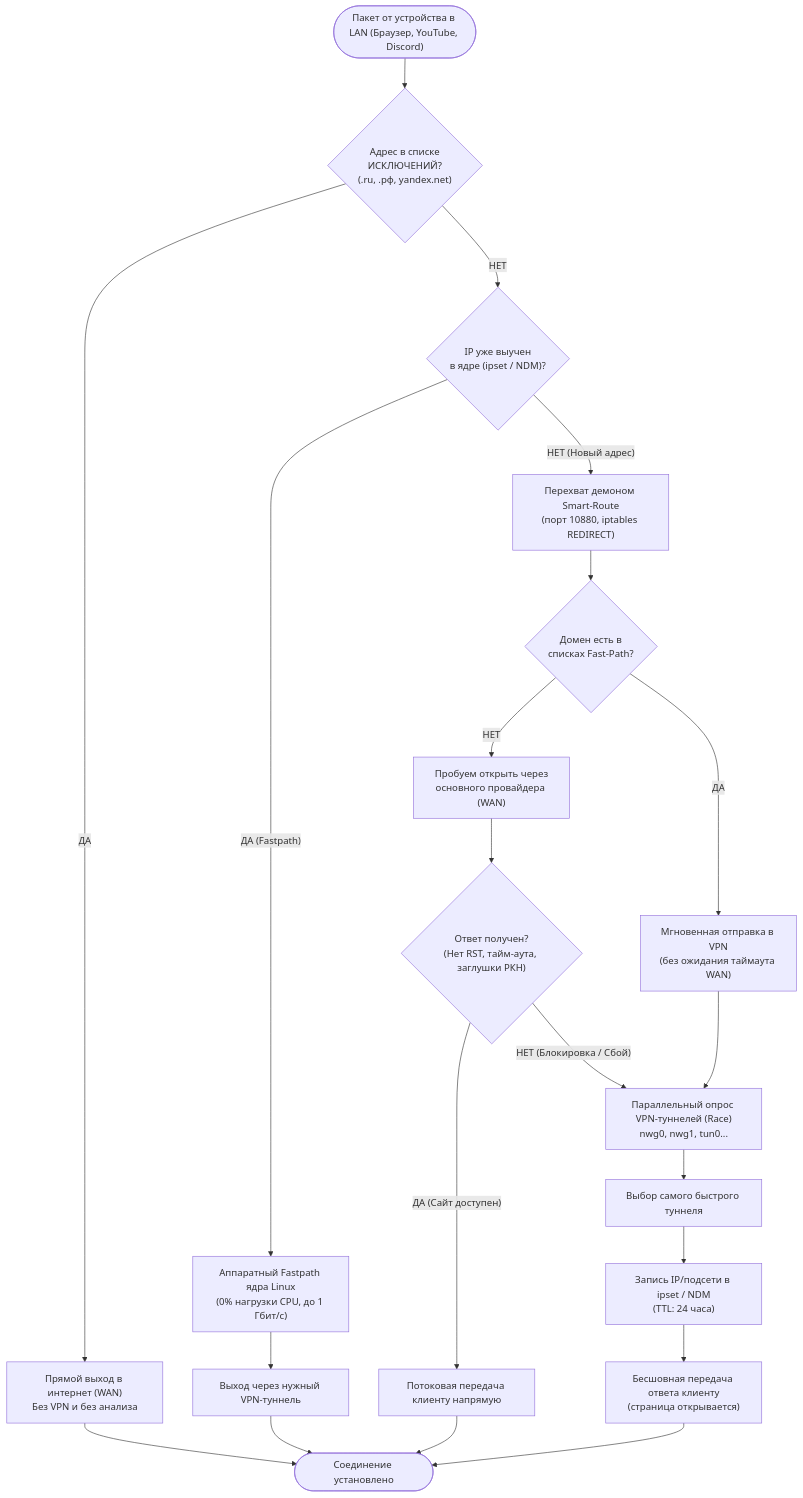
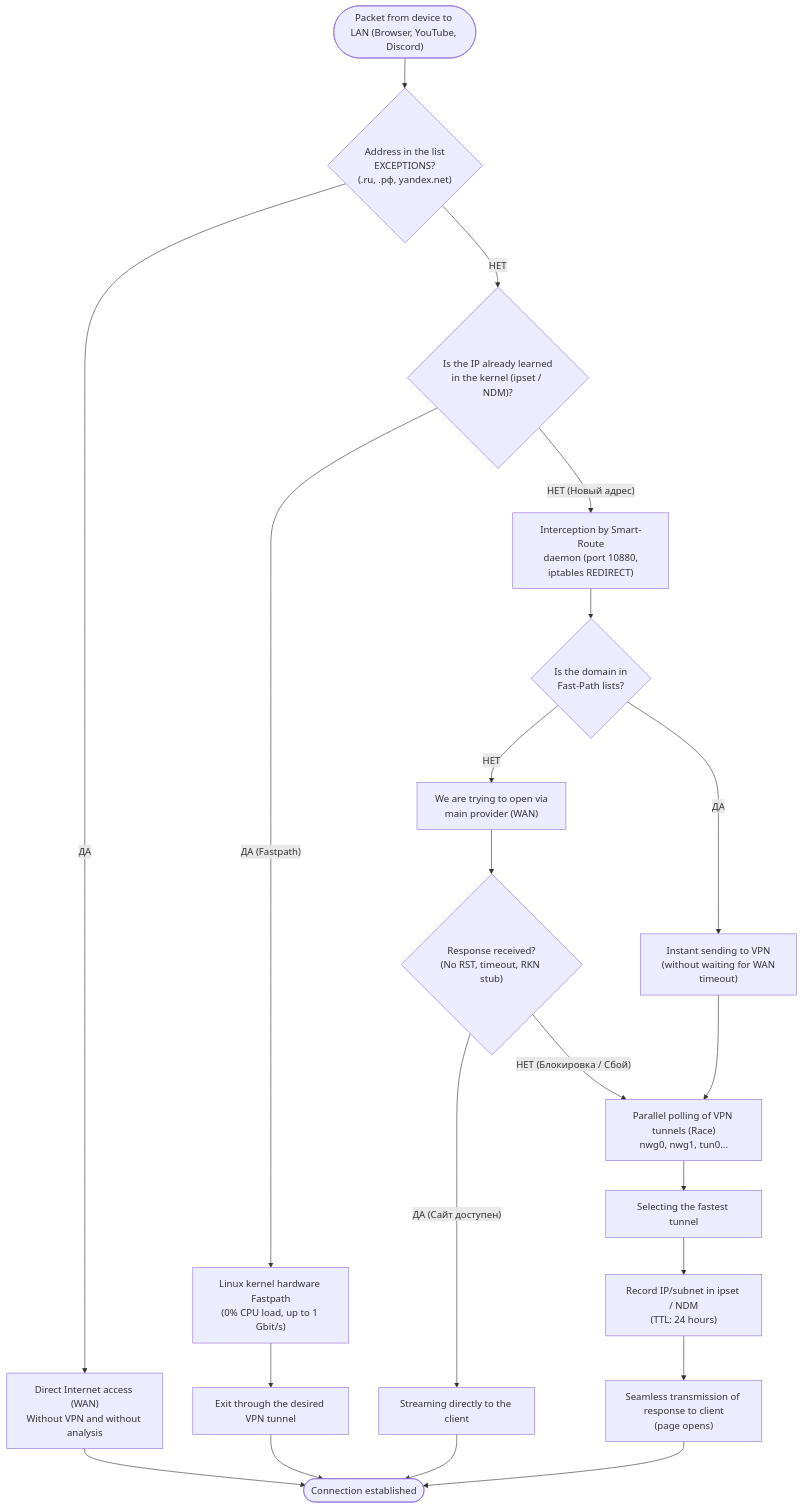
The first of 3 diagrams in smart_route_user_guide.md (DFR11/Snakelair-Keenetic-Entware-OPKG-Repository), drawn with Mermaid before and after one commit. The commit also changed other lines of this file and 14 other files, not shown here.

````diff
--- a/smart_route_user_guide.md
+++ b/smart_route_user_guide.md
@@ -21,36 +21,36 @@
 ```mermaid
 flowchart TD
-    Start(["Пакет от устройства в LAN (Браузер, YouTube, Discord)"]) --> CheckExcluded{"Адрес в списке<br/>ИСКЛЮЧЕНИЙ?<br/>(.ru, .рф, yandex.net)"}
+    Start(["Packet from device to LAN (Browser, YouTube, Discord)"]) --> CheckExcluded{"Address in the list<br/>EXCEPTIONS?<br/>(.ru, .рф, yandex.net)"}
     
-    %% Ветка исключений
-    CheckExcluded -- "ДА" --> DirectWAN["Прямой выход в интернет (WAN)<br/>Без VPN и без анализа"]
-    DirectWAN --> Finish(["Соединение установлено"])
+    %%Exception branch
+    CheckExcluded -- "ДА" --> DirectWAN["Direct Internet access (WAN)<br/>Without VPN and without analysis"]
+    DirectWAN --> Finish(["Connection established"])
 
-    %% Ветка обычной проверки
-    CheckExcluded -- "НЕТ" --> CheckKernel{"IP уже выучен<br/>в ядре (ipset / NDM)?"}
+    %%Regular review thread
+    CheckExcluded -- "НЕТ" --> CheckKernel{"Is the IP already learned<br/>in the kernel (ipset / NDM)?"}
     
-    %% Аппаратный оффлоад
-    CheckKernel -- "ДА (Fastpath)" --> KernelOffload["Аппаратный Fastpath ядра Linux<br/>(0% нагрузки CPU, до 1 Гбит/с)"]
-    KernelOffload --> VPNOut["Выход через нужный VPN-туннель"]
+    %%Hardware offload
+    CheckKernel -- "ДА (Fastpath)" --> KernelOffload["Linux kernel hardware Fastpath<br/>(0% CPU load, up to 1 Gbit/s)"]
+    KernelOffload --> VPNOut["Exit through the desired VPN tunnel"]
     VPNOut --> Finish
 
-    %% Первичное соединение через демона
-    CheckKernel -- "НЕТ (Новый адрес)" --> Intercept["Перехват демоном Smart-Route<br/>(порт 10880, iptables REDIRECT)"]
-    Intercept --> FastList{"Домен есть в<br/>списках Fast-Path?"}
+    %%Primary connection via daemon
+    CheckKernel -- "НЕТ (Новый адрес)" --> Intercept["Interception by Smart-Route<br/> daemon (port 10880, iptables REDIRECT)"]
+    Intercept --> FastList{"Is the domain in <br/>Fast-Path lists?"}
     
-    FastList -- "ДА" --> SkipProbe["Мгновенная отправка в VPN<br/>(без ожидания таймаута WAN)"]
-    FastList -- "НЕТ" --> TryWAN["Пробуем открыть через<br/>основного провайдера (WAN)"]
+    FastList -- "ДА" --> SkipProbe["Instant sending to VPN<br/> (without waiting for WAN timeout)"]
+    FastList -- "НЕТ" --> TryWAN["We are trying to open via <br/>main provider (WAN)"]
     
-    TryWAN --> TestSuccess{"Ответ получен?<br/>(Нет RST, тайм-аута, заглушки РКН)"}
+    TryWAN --> TestSuccess{"Response received?<br/>(No RST, timeout, RKN stub)"}
     
-    TestSuccess -- "ДА (Сайт доступен)" --> StreamDirect["Потоковая передача клиенту напрямую"]
+    TestSuccess -- "ДА (Сайт доступен)" --> StreamDirect["Streaming directly to the client"]
     StreamDirect --> Finish
     
-    TestSuccess -- "НЕТ (Блокировка / Сбой)" --> ProbeRace["Параллельный опрос VPN-туннелей (Race)<br/>nwg0, nwg1, tun0..."]
+    TestSuccess -- "НЕТ (Блокировка / Сбой)" --> ProbeRace["Parallel polling of VPN tunnels (Race)<br/>nwg0, nwg1, tun0..."]
     SkipProbe --> ProbeRace
     
-    ProbeRace --> PickWinner["Выбор самого быстрого туннеля"]
-    PickWinner --> LearnKernel["Запись IP/подсети в ipset / NDM<br/>(TTL: 24 часа)"]
-    LearnKernel --> SeamlessRelay["Бесшовная передача ответа клиенту<br/>(страница открывается)"]
+    ProbeRace --> PickWinner["Selecting the fastest tunnel"]
+    PickWinner --> LearnKernel["Record IP/subnet in ipset / NDM<br/>(TTL: 24 hours)"]
+    LearnKernel --> SeamlessRelay["Seamless transmission of response to client<br/>(page opens)"]
     SeamlessRelay --> Finish
 ```
````
